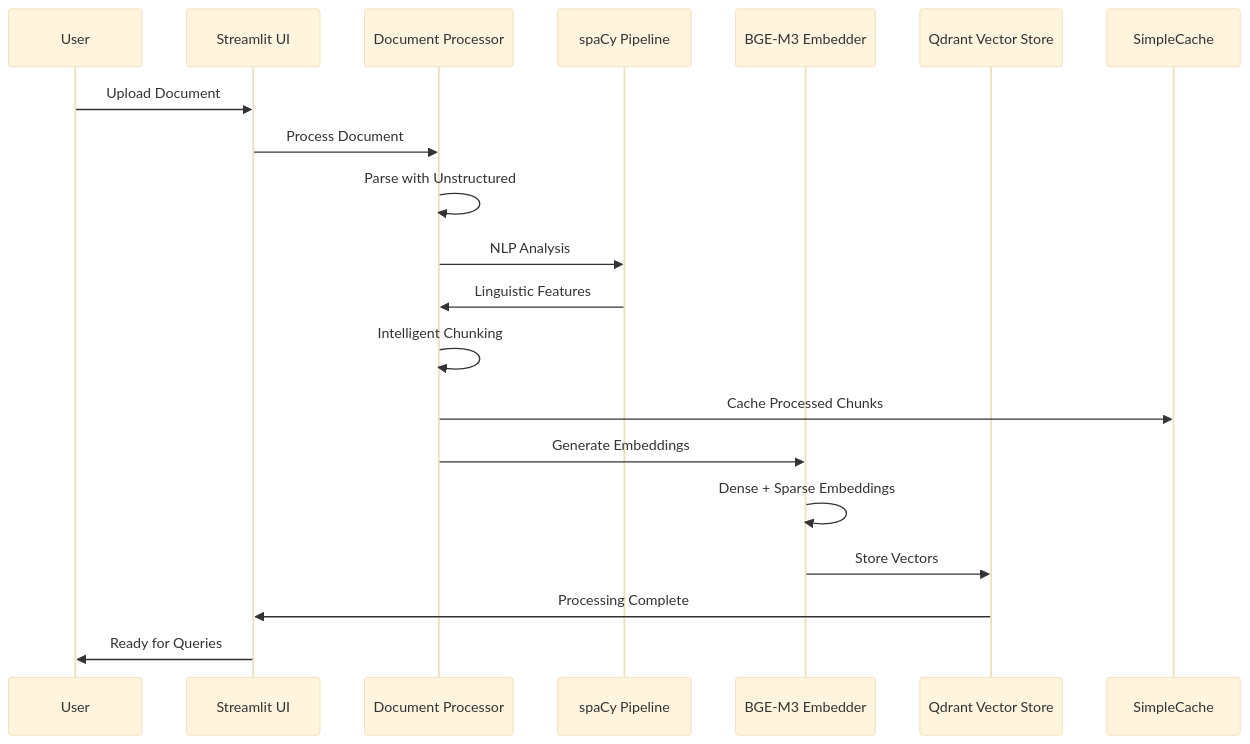
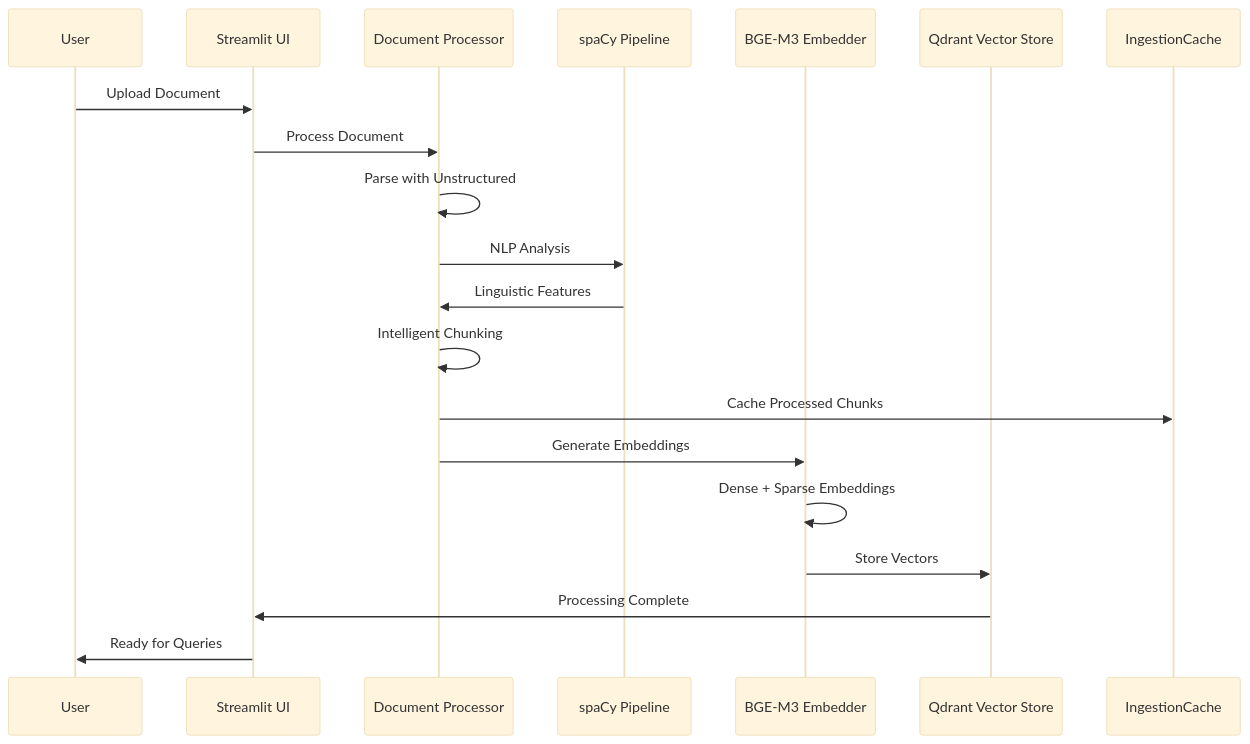
The sixth of 7 diagrams in docs/developers/system-architecture.md (BjornMelin/docmind-ai-llm), drawn with Mermaid (base theme) before and after one commit. The commit also changed other lines of this file and 12 other files, not shown here.

````diff
--- a/docs/developers/system-architecture.md
+++ b/docs/developers/system-architecture.md
@@ -463,27 +463,27 @@
 ```mermaid
 sequenceDiagram
     participant U as User
     participant UI as Streamlit UI
     participant DP as Document Processor
     participant NLP as spaCy Pipeline
     participant EMB as BGE-M3 Embedder
     participant VS as Qdrant Vector Store
-    participant CACHE as SimpleCache
+    participant CACHE as IngestionCache
     
     U->>UI: Upload Document
     UI->>DP: Process Document
     
     DP->>DP: Parse with Unstructured
     DP->>NLP: NLP Analysis
     NLP->>DP: Linguistic Features
     
     DP->>DP: Intelligent Chunking
     DP->>CACHE: Cache Processed Chunks
     
     DP->>EMB: Generate Embeddings
     EMB->>EMB: Dense + Sparse Embeddings
     EMB->>VS: Store Vectors
     
     VS->>UI: Processing Complete
     UI->>U: Ready for Queries
 ```
````
